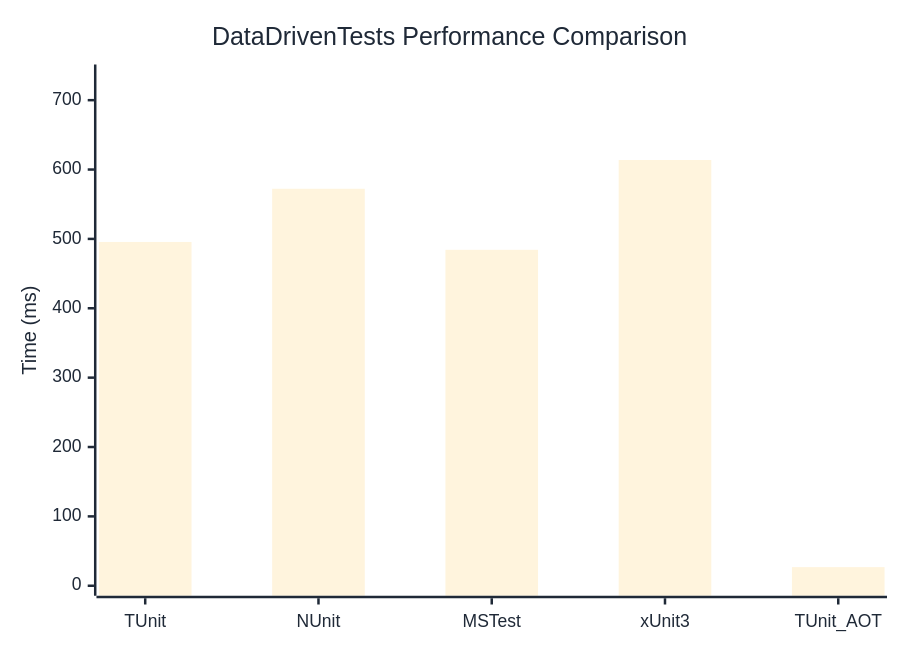
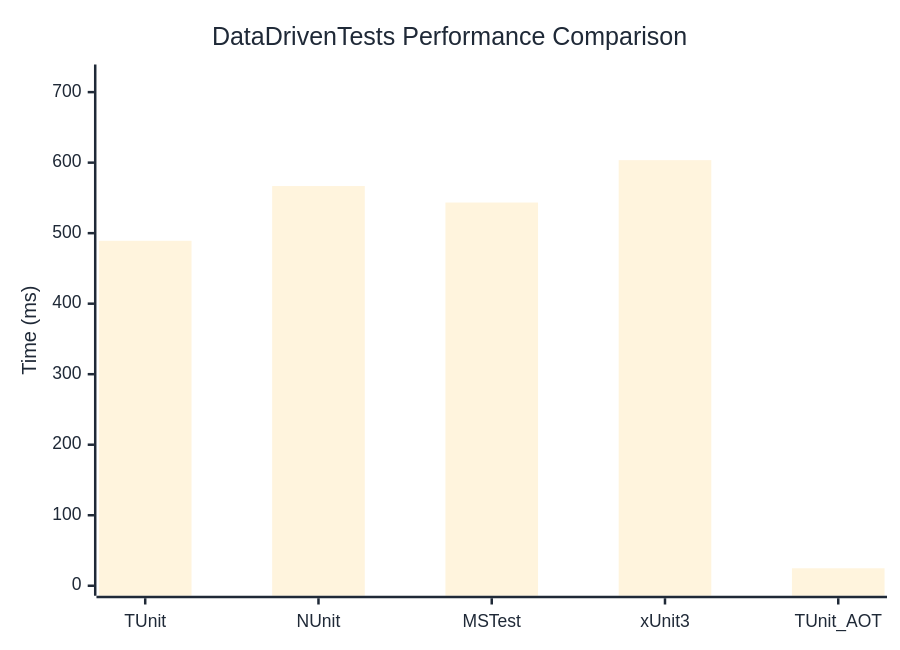
The diagram in docs/docs/benchmarks/DataDrivenTests.md (weiyilai/TUnit), drawn with Mermaid before and after one commit. The commit also changed other lines of this file and 16 other files, not shown here.

````diff
--- a/docs/docs/benchmarks/DataDrivenTests.md
+++ b/docs/docs/benchmarks/DataDrivenTests.md
@@ -27,37 +27,37 @@
 ```mermaid
 %%{init: {
   'theme':'base',
   'themeVariables': {
     'primaryColor': '#2563eb',
     'primaryTextColor': '#1f2937',
     'primaryBorderColor': '#1e40af',
     'lineColor': '#6b7280',
     'secondaryColor': '#7c3aed',
     'tertiaryColor': '#dc2626',
     'background': '#ffffff',
     'mainBkg': '#2563eb',
     'secondBkg': '#7c3aed',
     'tertiaryBkg': '#dc2626',
     'clusterBkg': '#f3f4f6',
     'edgeLabelBackground': '#ffffff',
     'tertiaryTextColor': '#1f2937',
     'pie1': '#2563eb',
     'pie2': '#7c3aed',
     'pie3': '#dc2626',
     'pie4': '#f59e0b',
     'pie5': '#10b981',
     'pie6': '#06b6d4',
     'pie7': '#ec4899',
     'pie8': '#6366f1',
     'pie9': '#84cc16',
     'pie10': '#f97316',
     'pie11': '#14b8a6',
     'pie12': '#a855f7'
   }
 }}%%
 xychart-beta
   title "DataDrivenTests Performance Comparison"
   x-axis ["TUnit", "NUnit", "MSTest", "xUnit3", "TUnit_AOT"]
-  y-axis "Time (ms)" 0 --> 737
-  bar [495.61, 572.29, 484.28, 613.71, 26.84]
+  y-axis "Time (ms)" 0 --> 725
+  bar [489.17, 566.83, 543.44, 603.52, 24.78]
 ```
````
